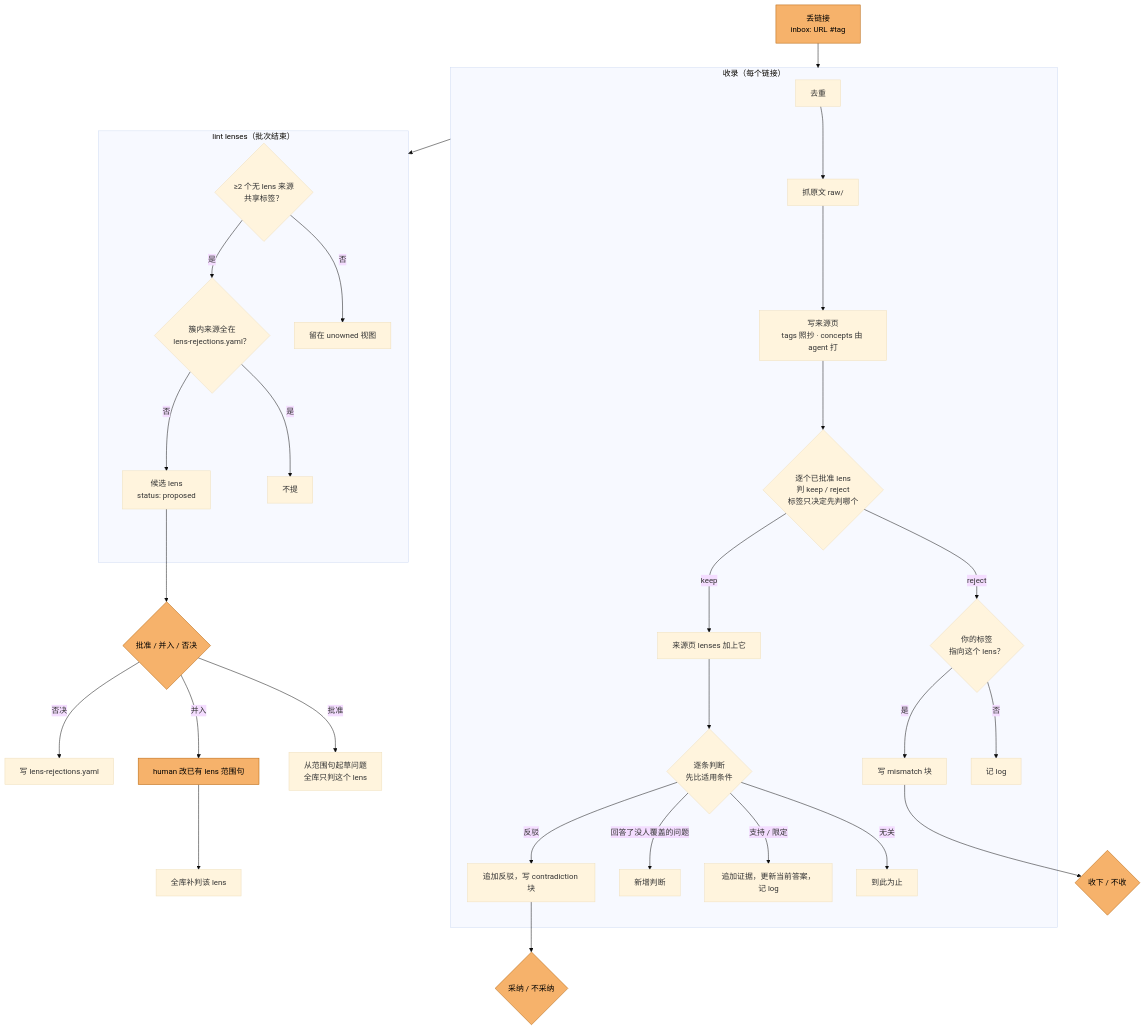
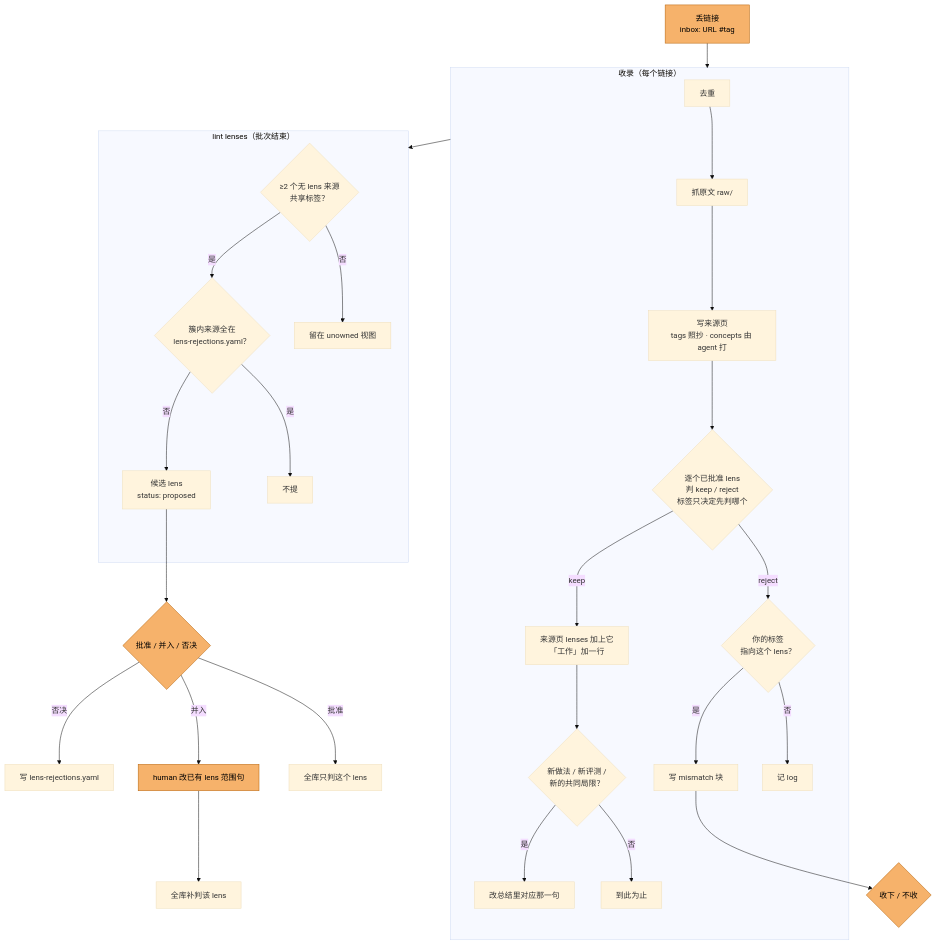
One commit to ZJLi2013/exocortex changed the diagram in docs/design.md. Above: the diagram before and after it, drawn with Mermaid (base theme). The commit also changed other lines of this file and 17 other files, not shown here.

Commit message:
Replace lens questions and claims with a neutral summary and per-work highlights

````diff
--- a/docs/design.md
+++ b/docs/design.md
@@ -11,31 +11,28 @@
 ```mermaid
 flowchart TD
     drop["丢链接<br/>inbox: URL #tag"]:::human --> ingest
     subgraph ingest["收录（每个链接）"]
         dedupe[去重] --> raw[抓原文 raw/] --> page["写来源页<br/>tags 照抄 · concepts 由 agent 打"]
         page --> judge{"逐个已批准 lens<br/>判 keep / reject<br/>标签只决定先判哪个"}
         judge -- reject --> tagged{"你的标签<br/>指向这个 lens？"}
         tagged -- 否 --> log1[记 log]
         tagged -- 是 --> mismatch["写 mismatch 块"]
-        judge -- keep --> owned["来源页 lenses 加上它"]
-        owned --> changes{"逐条判断<br/>先比适用条件"}
-        changes -- 无关 --> done[到此为止]
-        changes -- "支持 / 限定" --> current["追加证据，更新当前答案，记 log"]
-        changes -- "回答了没人覆盖的问题" --> newclaim["新增判断"]
-        changes -- 反驳 --> contradiction["追加反驳，写 contradiction 块"]
+        judge -- keep --> owned["来源页 lenses 加上它<br/>「工作」加一行"]
+        owned --> summary{"新做法 / 新评测 /<br/>新的共同局限？"}
+        summary -- 否 --> done[到此为止]
+        summary -- 是 --> rewrite["改总结里对应那一句"]
     end
     ingest --> lint
     subgraph lint["lint lenses（批次结束）"]
         cluster{"≥2 个无 lens 来源<br/>共享标签？"} -- 否 --> nolens[留在 unowned 视图]
         cluster -- 是 --> rejected{"簇内来源全在<br/>lens-rejections.yaml？"}
         rejected -- 是 --> skip[不提]
         rejected -- 否 --> proposed["候选 lens<br/>status: proposed"]
     end
     proposed --> decide{"批准 / 并入 / 否决"}:::human
-    decide -- 批准 --> rejudge["从范围句起草问题<br/>全库只判这个 lens"]
+    decide -- 批准 --> rejudge["全库只判这个 lens"]
     decide -- 并入 --> scope["human 改已有 lens 范围句"]:::human --> rejudge2[全库补判该 lens]
     decide -- 否决 --> reject["写 lens-rejections.yaml"]
-    contradiction --> adopt{"采纳 / 不采纳"}:::human
     mismatch --> keepit{"收下 / 不收"}:::human
     classDef human fill:#f6b26b,stroke:#b45f06,color:#000
 ```
````
